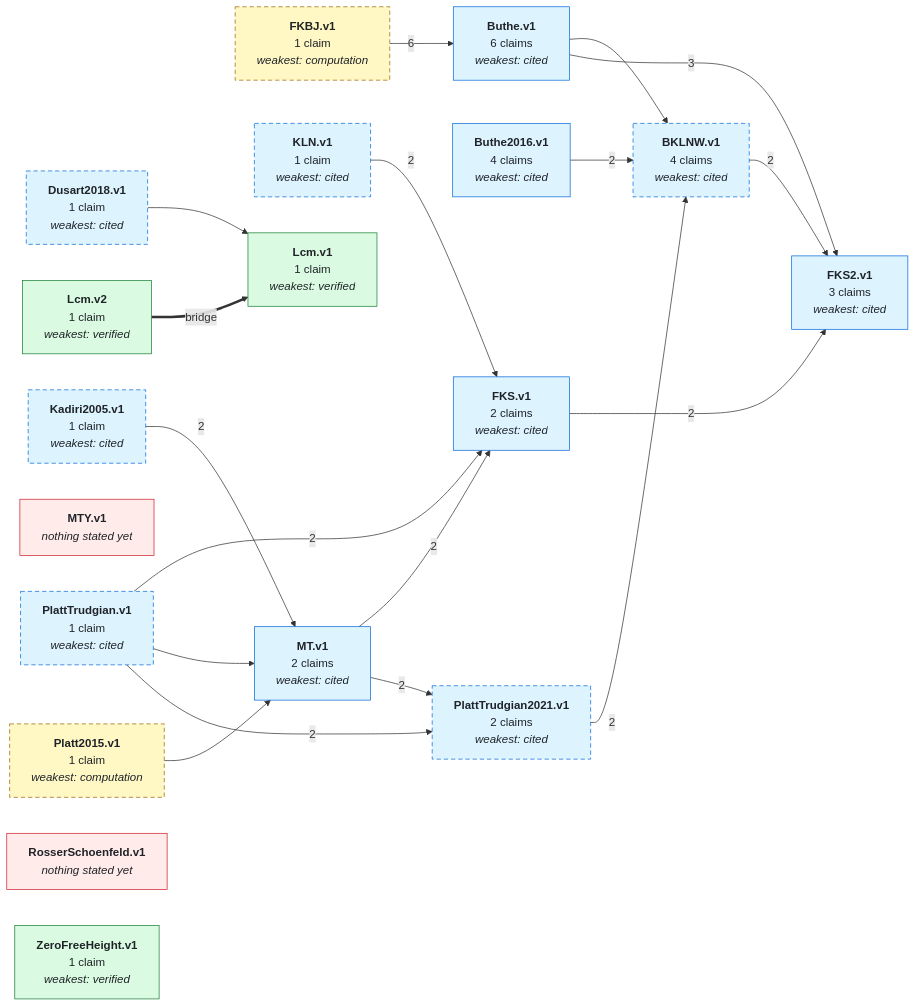
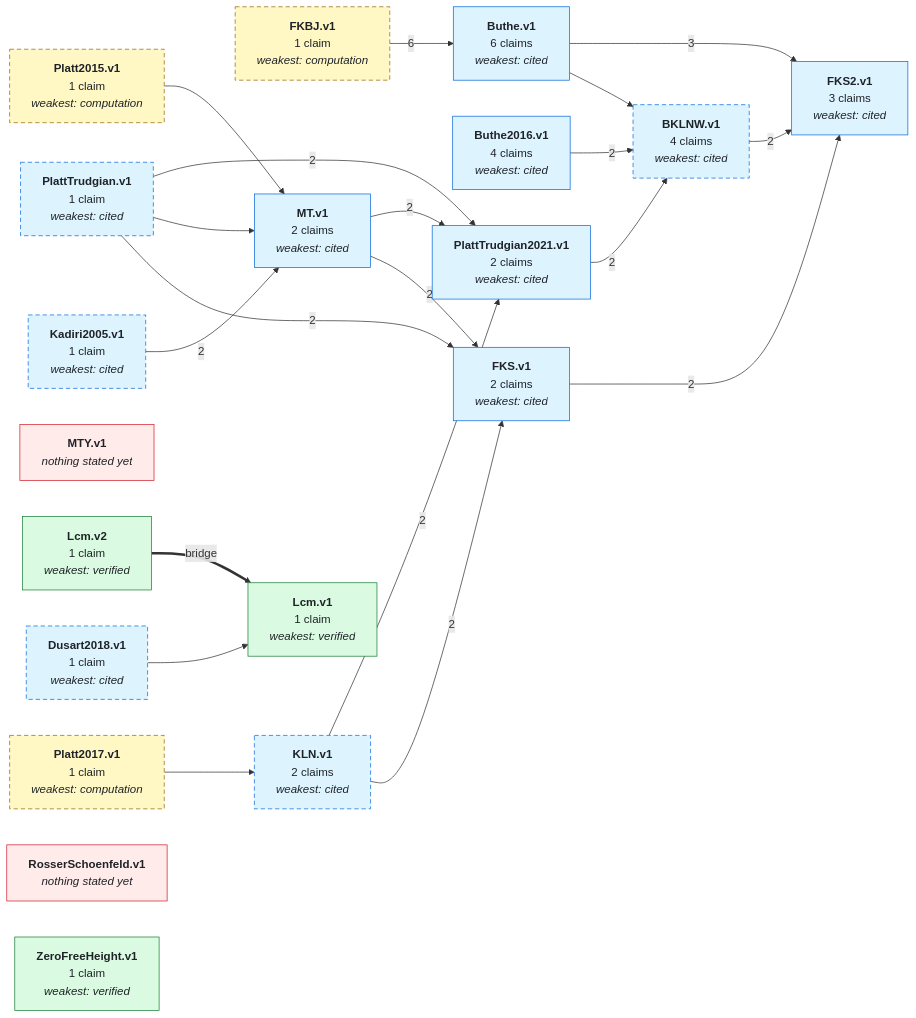
Before and after one commit to teorth/IEANTN: the first of 2 diagrams in GRAPH.md, drawn with Mermaid. The commit also changed other lines of this file and 15 other files, not shown here.

````diff
--- a/GRAPH.md
+++ b/GRAPH.md
@@ -40,72 +40,76 @@
 ```mermaid
 graph LR
   NBKLNW_v1["<b>BKLNW.v1</b><br/>4 claims<br/><i>weakest: cited</i>"]
   NButhe_v1["<b>Buthe.v1</b><br/>6 claims<br/><i>weakest: cited</i>"]
   NButhe2016_v1["<b>Buthe2016.v1</b><br/>4 claims<br/><i>weakest: cited</i>"]
   NDusart2018_v1["<b>Dusart2018.v1</b><br/>1 claim<br/><i>weakest: cited</i>"]
   NFKBJ_v1["<b>FKBJ.v1</b><br/>1 claim<br/><i>weakest: computation</i>"]
   NFKS_v1["<b>FKS.v1</b><br/>2 claims<br/><i>weakest: cited</i>"]
   NFKS2_v1["<b>FKS2.v1</b><br/>3 claims<br/><i>weakest: cited</i>"]
-  NKLN_v1["<b>KLN.v1</b><br/>1 claim<br/><i>weakest: cited</i>"]
+  NKLN_v1["<b>KLN.v1</b><br/>2 claims<br/><i>weakest: cited</i>"]
   NKadiri2005_v1["<b>Kadiri2005.v1</b><br/>1 claim<br/><i>weakest: cited</i>"]
   NLcm_v1["<b>Lcm.v1</b><br/>1 claim<br/><i>weakest: verified</i>"]
   NLcm_v2["<b>Lcm.v2</b><br/>1 claim<br/><i>weakest: verified</i>"]
   NMT_v1["<b>MT.v1</b><br/>2 claims<br/><i>weakest: cited</i>"]
   NMTY_v1["<b>MTY.v1</b><br/><i>nothing stated yet</i>"]
   NPlatt2015_v1["<b>Platt2015.v1</b><br/>1 claim<br/><i>weakest: computation</i>"]
+  NPlatt2017_v1["<b>Platt2017.v1</b><br/>1 claim<br/><i>weakest: computation</i>"]
   NPlattTrudgian_v1["<b>PlattTrudgian.v1</b><br/>1 claim<br/><i>weakest: cited</i>"]
   NPlattTrudgian2021_v1["<b>PlattTrudgian2021.v1</b><br/>2 claims<br/><i>weakest: cited</i>"]
   NRosserSchoenfeld_v1["<b>RosserSchoenfeld.v1</b><br/><i>nothing stated yet</i>"]
   NZeroFreeHeight_v1["<b>ZeroFreeHeight.v1</b><br/>1 claim<br/><i>weakest: verified</i>"]
   NBKLNW_v1 -->|2| NFKS2_v1
   NButhe_v1 --> NBKLNW_v1
   NButhe_v1 -->|3| NFKS2_v1
   NButhe2016_v1 -->|2| NBKLNW_v1
   NDusart2018_v1 --> NLcm_v1
   NFKBJ_v1 -->|6| NButhe_v1
   NFKS_v1 -->|2| NFKS2_v1
   NKLN_v1 -->|2| NFKS_v1
+  NKLN_v1 -->|2| NPlattTrudgian2021_v1
   NKadiri2005_v1 -->|2| NMT_v1
   NMT_v1 -->|2| NFKS_v1
   NMT_v1 -->|2| NPlattTrudgian2021_v1
   NPlatt2015_v1 --> NMT_v1
+  NPlatt2017_v1 --> NKLN_v1
   NPlattTrudgian_v1 -->|2| NFKS_v1
   NPlattTrudgian_v1 --> NMT_v1
   NPlattTrudgian_v1 -->|2| NPlattTrudgian2021_v1
   NPlattTrudgian2021_v1 -->|2| NBKLNW_v1
   NLcm_v2 ==>|bridge| NLcm_v1
   style NBKLNW_v1 stroke-dasharray: 6 4;
   style NDusart2018_v1 stroke-dasharray: 6 4;
   style NFKBJ_v1 stroke-dasharray: 6 4;
   style NKLN_v1 stroke-dasharray: 6 4;
   style NKadiri2005_v1 stroke-dasharray: 6 4;
   style NPlatt2015_v1 stroke-dasharray: 6 4;
+  style NPlatt2017_v1 stroke-dasharray: 6 4;
   style NPlattTrudgian_v1 stroke-dasharray: 6 4;
-  style NPlattTrudgian2021_v1 stroke-dasharray: 6 4;
   class NMTY_v1,NRosserSchoenfeld_v1 none_yet;
   class NBKLNW_v1,NButhe_v1,NButhe2016_v1,NDusart2018_v1,NFKS_v1,NFKS2_v1,NKLN_v1,NKadiri2005_v1,NMT_v1,NPlattTrudgian_v1,NPlattTrudgian2021_v1 literature;
-  class NFKBJ_v1,NPlatt2015_v1 numerical;
+  class NFKBJ_v1,NPlatt2015_v1,NPlatt2017_v1 numerical;
   class NLcm_v1,NLcm_v2,NZeroFreeHeight_v1 lean_comparator;
   click NBKLNW_v1 href "https://github.com/teorth/IEANTN/blob/main/docs/nodes/BKLNW-v1.md" _blank
   click NButhe_v1 href "https://github.com/teorth/IEANTN/blob/main/docs/nodes/Buthe-v1.md" _blank
   click NButhe2016_v1 href "https://github.com/teorth/IEANTN/blob/main/docs/nodes/Buthe2016-v1.md" _blank
   click NDusart2018_v1 href "https://github.com/teorth/IEANTN/blob/main/docs/nodes/Dusart2018-v1.md" _blank
   click NFKBJ_v1 href "https://github.com/teorth/IEANTN/blob/main/docs/nodes/FKBJ-v1.md" _blank
   click NFKS_v1 href "https://github.com/teorth/IEANTN/blob/main/docs/nodes/FKS-v1.md" _blank
   click NFKS2_v1 href "https://github.com/teorth/IEANTN/blob/main/docs/nodes/FKS2-v1.md" _blank
   click NKLN_v1 href "https://github.com/teorth/IEANTN/blob/main/docs/nodes/KLN-v1.md" _blank
   click NKadiri2005_v1 href "https://github.com/teorth/IEANTN/blob/main/docs/nodes/Kadiri2005-v1.md" _blank
   click NLcm_v1 href "https://github.com/teorth/IEANTN/blob/main/docs/nodes/Lcm-v1.md" _blank
   click NLcm_v2 href "https://github.com/teorth/IEANTN/blob/main/docs/nodes/Lcm-v2.md" _blank
   click NMT_v1 href "https://github.com/teorth/IEANTN/blob/main/docs/nodes/MT-v1.md" _blank
   click NPlatt2015_v1 href "https://github.com/teorth/IEANTN/blob/main/docs/nodes/Platt2015-v1.md" _blank
+  click NPlatt2017_v1 href "https://github.com/teorth/IEANTN/blob/main/docs/nodes/Platt2017-v1.md" _blank
   click NPlattTrudgian_v1 href "https://github.com/teorth/IEANTN/blob/main/docs/nodes/PlattTrudgian-v1.md" _blank
   click NPlattTrudgian2021_v1 href "https://github.com/teorth/IEANTN/blob/main/docs/nodes/PlattTrudgian2021-v1.md" _blank
   click NZeroFreeHeight_v1 href "https://github.com/teorth/IEANTN/blob/main/docs/nodes/ZeroFreeHeight-v1.md" _blank
   classDef lean_comparator fill:#dafbe1,stroke:#1a7f37,color:#1f2328;
   classDef numerical fill:#fff8c5,stroke:#9a6700,color:#1f2328;
   classDef literature fill:#ddf4ff,stroke:#0969da,color:#1f2328;
   classDef asserted fill:#fff1e5,stroke:#bc4c00,color:#1f2328;
   classDef bridged fill:#fbefff,stroke:#8250df,color:#1f2328;
   classDef none_yet fill:#ffebe9,stroke:#cf222e,color:#1f2328;
 ```
````
